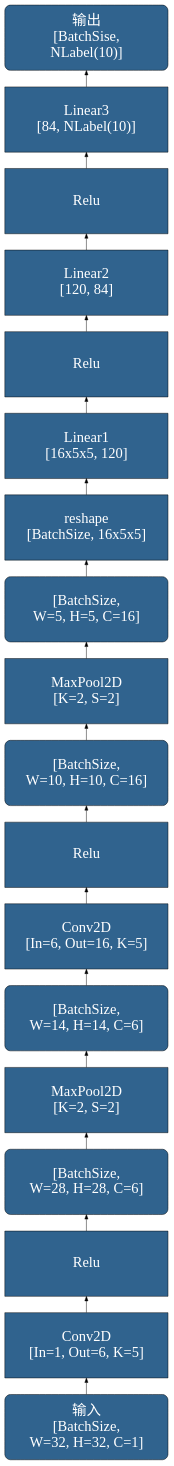
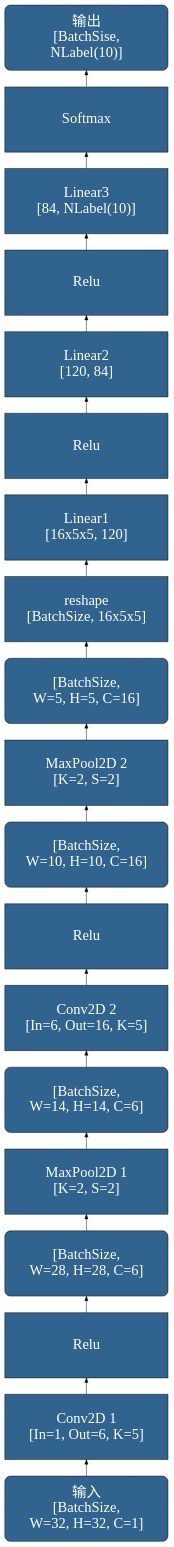
One commit to OpenDocCN/python-code-anls changed the diagram in docs/basic_dl_arch/3_1_Lenet.dot. Above: the diagram before and after it, drawn with Graphviz. The commit also changed 5 other files, not shown here.

```diff
--- a/docs/basic_dl_arch/3_1_Lenet.dot
+++ b/docs/basic_dl_arch/3_1_Lenet.dot
@@ -1,38 +1,40 @@
 digraph Lenet {
 	rankdir=BT
     node [
 		style=filled, 
 		color=Black
 		fontcolor=White, 
 		fillcolor="#30638e", 
 		fontname="SimHei",
 		fontsize=32,
 		width=5, height=2,
 		shape="box",
 	]
 	
 	
 	inp [label="输入\n[BatchSize,\n W=32, H=32, C=1]", shape="Mrecord"]
-    conv1 [label="Conv2D\n[In=1, Out=6, K=5]"]
+    conv1 [label="Conv2D 1\n[In=1, Out=6, K=5]"]
     relu1 [label="Relu"]
     featmap11 [label="[BatchSize,\n W=28, H=28, C=6]", shape="Mrecord"]
-    pool1 [label="MaxPool2D\n[K=2, S=2]"]
+    pool1 [label="MaxPool2D 1\n[K=2, S=2]"]
     featmap12 [label="[BatchSize,\n W=14, H=14, C=6]", shape="Mrecord"]
-    conv2 [label="Conv2D\n[In=6, Out=16, K=5]"]
+    conv2 [label="Conv2D 2\n[In=6, Out=16, K=5]"]
     relu2 [label="Relu"]
     featmap21 [label="[BatchSize,\n W=10, H=10, C=16]", shape="Mrecord"]
-    pool2 [label="MaxPool2D\n[K=2, S=2]"]
+    pool2 [label="MaxPool2D 2\n[K=2, S=2]"]
     featmap22 [label="[BatchSize,\n W=5, H=5, C=16]", shape="Mrecord"]
     reshape [label="reshape\n[BatchSize, 16x5x5]"]
     ll1 [label="Linear1\n[16x5x5, 120]"]
     relu3 [label="Relu"]
     ll2 [label="Linear2\n[120, 84]"]
     relu4 [label="Relu"]
 	ll3  [label="Linear3\n[84, NLabel(10)]"]
+    softmax [label="Softmax"]
 	oup [label="输出\n[BatchSise,\n NLabel(10)]", shape="Mrecord"]
 	
 	inp -> conv1 -> relu1 -> featmap11 -> pool1 -> featmap12 ->
            conv2 -> relu2 -> featmap21 -> pool2 -> featmap22 ->
-           reshape -> ll1 -> relu3 -> ll2 -> relu4 -> ll3 -> oup
+           reshape -> ll1 -> relu3 -> ll2 -> relu4 -> ll3 -> 
+           softmax -> oup
 	
 }
```
